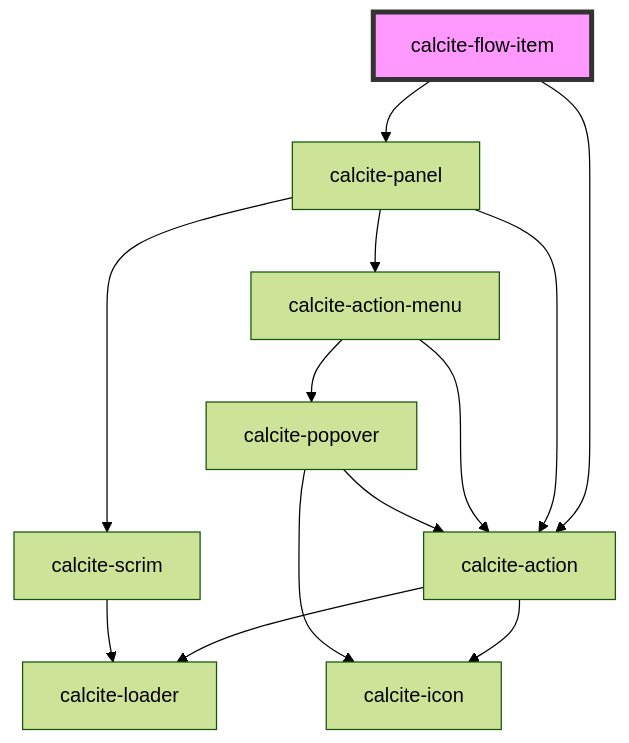
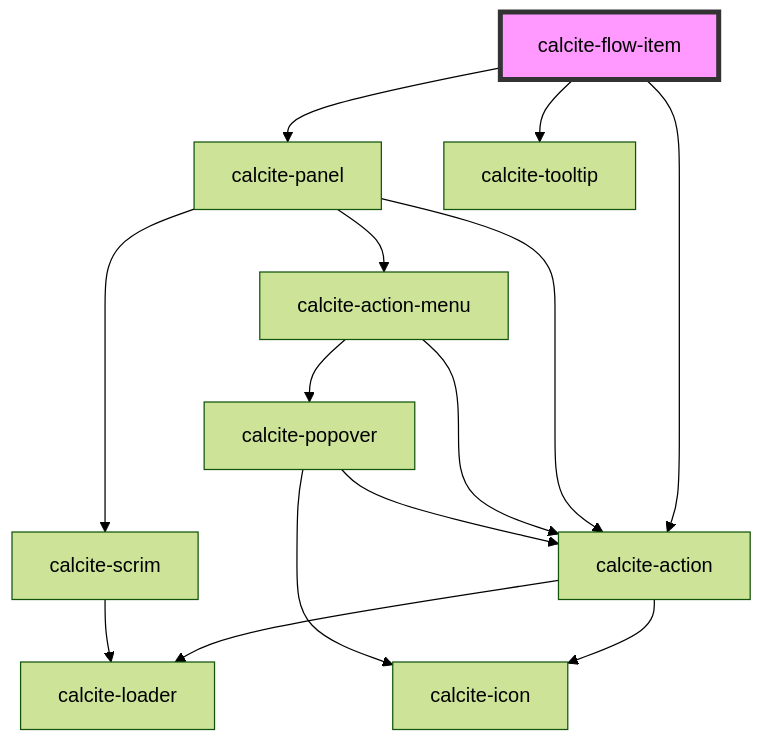
The diagram in src/components/flow-item/readme.md (vikivakarvc/calcite-design-system), drawn with Mermaid (forest theme) before and after one commit. The commit also changed other lines of this file and 1 other file, not shown here.

Commit message:
docs: update component READMEs (#5327)

````diff
--- a/src/components/flow-item/readme.md
+++ b/src/components/flow-item/readme.md
@@ -79,16 +80,17 @@
 ```mermaid
 graph TD;
   calcite-flow-item --> calcite-action
   calcite-flow-item --> calcite-panel
+  calcite-flow-item --> calcite-tooltip
   calcite-action --> calcite-loader
   calcite-action --> calcite-icon
   calcite-panel --> calcite-action
   calcite-panel --> calcite-action-menu
   calcite-panel --> calcite-scrim
   calcite-action-menu --> calcite-action
   calcite-action-menu --> calcite-popover
   calcite-popover --> calcite-action
   calcite-popover --> calcite-icon
   calcite-scrim --> calcite-loader
   style calcite-flow-item fill:#f9f,stroke:#333,stroke-width:4px
 ```
````
